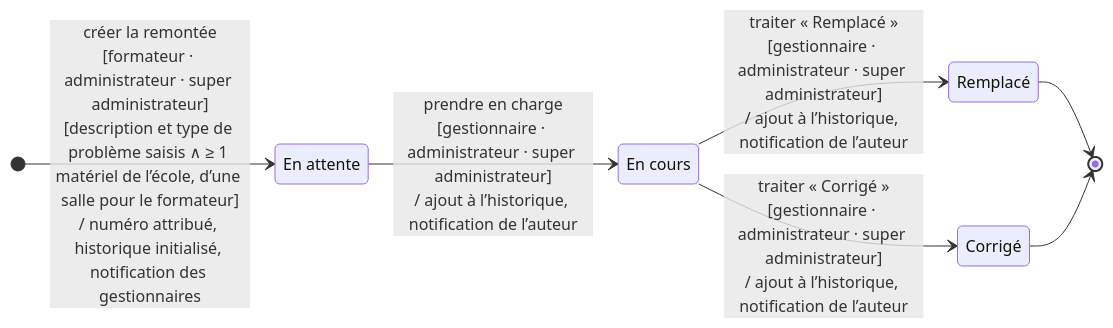
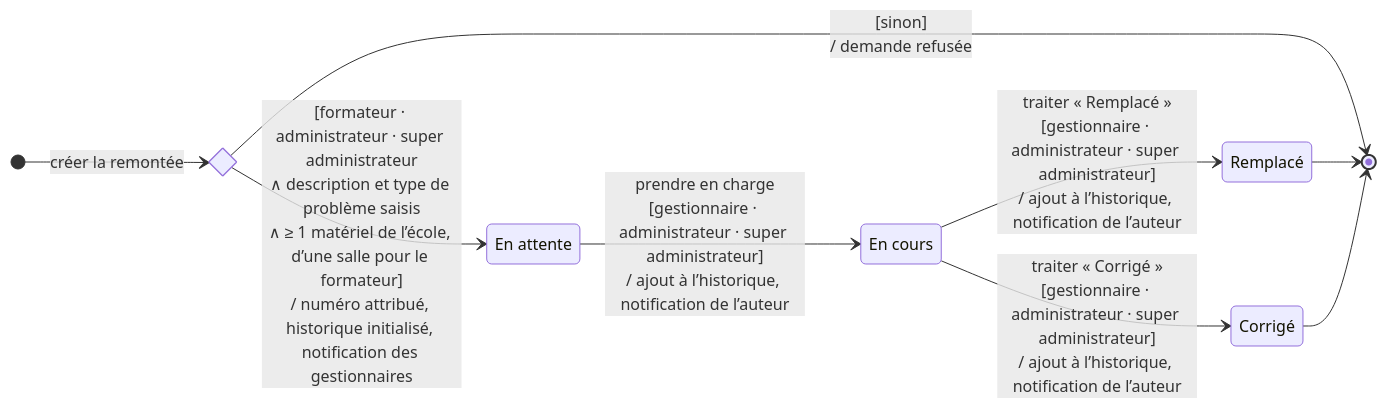
Before and after one commit to bpierrelouis/aster: the first of 4 diagrams in docs/02-ANALYSE/03-ANALYSE/01-DIAGRAMMES-ETATS.md, drawn with Mermaid. The commit also changed other lines of this file and 20 other files, not shown here.

Commit message:
docs(diagrammes): corriger la notation et les multiplicités des diagrammes UML

````diff
--- a/docs/02-ANALYSE/03-ANALYSE/01-DIAGRAMMES-ETATS.md
+++ b/docs/02-ANALYSE/03-ANALYSE/01-DIAGRAMMES-ETATS.md
@@ -11,15 +11,18 @@
 ```mermaid
 stateDiagram-v2
     direction LR
-    [*] --> attente : créer la remontée<br/>[formateur · administrateur · super administrateur]<br/>[description et type de problème saisis ∧ ≥ 1 matériel de l’école, d’une salle pour le formateur]<br/>/ numéro attribué, historique initialisé, notification des gestionnaires
+    state creation <<choice>>
+    [*] --> creation : créer la remontée
+    creation --> attente : [formateur · administrateur · super administrateur<br/>∧ description et type de problème saisis<br/>∧ ≥ 1 matériel de l’école, d’une salle pour le formateur]<br/>/ numéro attribué, historique initialisé, notification des gestionnaires
+    creation --> [*] : [sinon]<br/>/ demande refusée
     attente --> encours : prendre en charge<br/>[gestionnaire · administrateur · super administrateur]<br/>/ ajout à l’historique, notification de l’auteur
     encours --> remplace : traiter « Remplacé »<br/>[gestionnaire · administrateur · super administrateur]<br/>/ ajout à l’historique, notification de l’auteur
     encours --> corrige : traiter « Corrigé »<br/>[gestionnaire · administrateur · super administrateur]<br/>/ ajout à l’historique, notification de l’auteur
     remplace --> [*]
     corrige --> [*]
 
     attente : En attente
     encours : En cours
     remplace : Remplacé
     corrige : Corrigé
 ```
````
